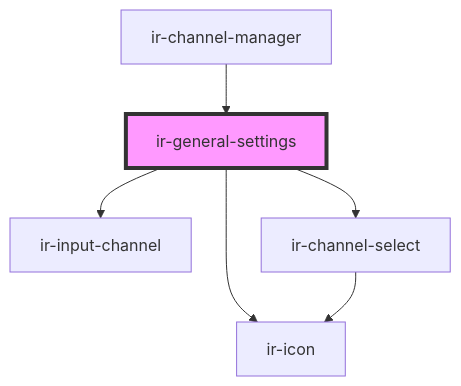
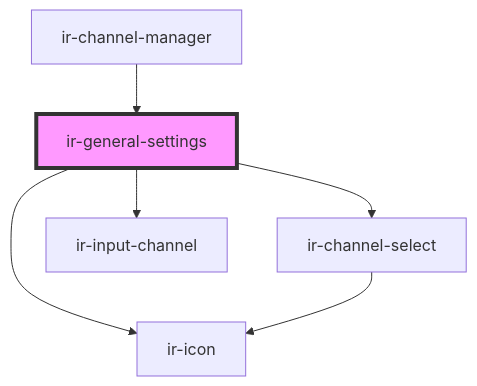
The diagram in src/components/ir-general-settings/readme.md (freddynasr/ir-webcmp), drawn with Mermaid before and after one commit. The commit also changed other lines of this file and 13 other files, not shown here.

````diff
--- a/src/components/ir-general-settings/readme.md
+++ b/src/components/ir-general-settings/readme.md
@@ -30,9 +37,9 @@
 ```mermaid
 graph TD;
+  ir-general-settings --> ir-channel-select
   ir-general-settings --> ir-input-channel
-  ir-general-settings --> ir-channel-select
   ir-general-settings --> ir-icon
   ir-channel-select --> ir-icon
   ir-channel-manager --> ir-general-settings
   style ir-general-settings fill:#f9f,stroke:#333,stroke-width:4px
 ```
````
